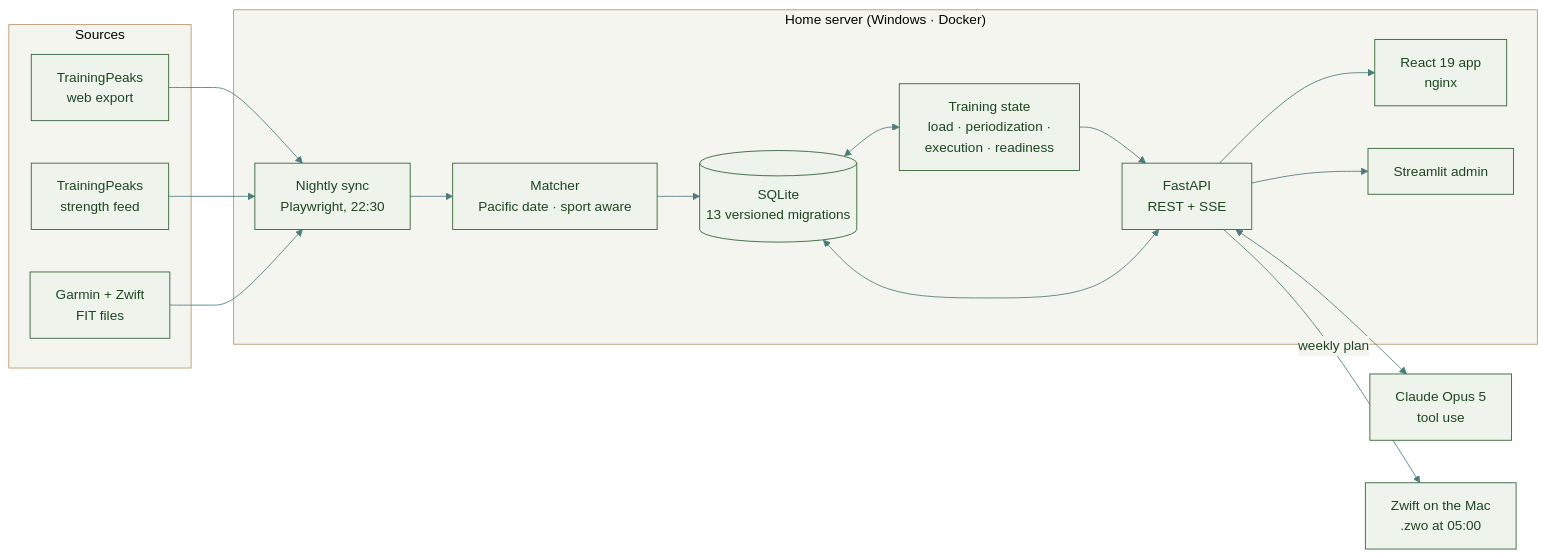
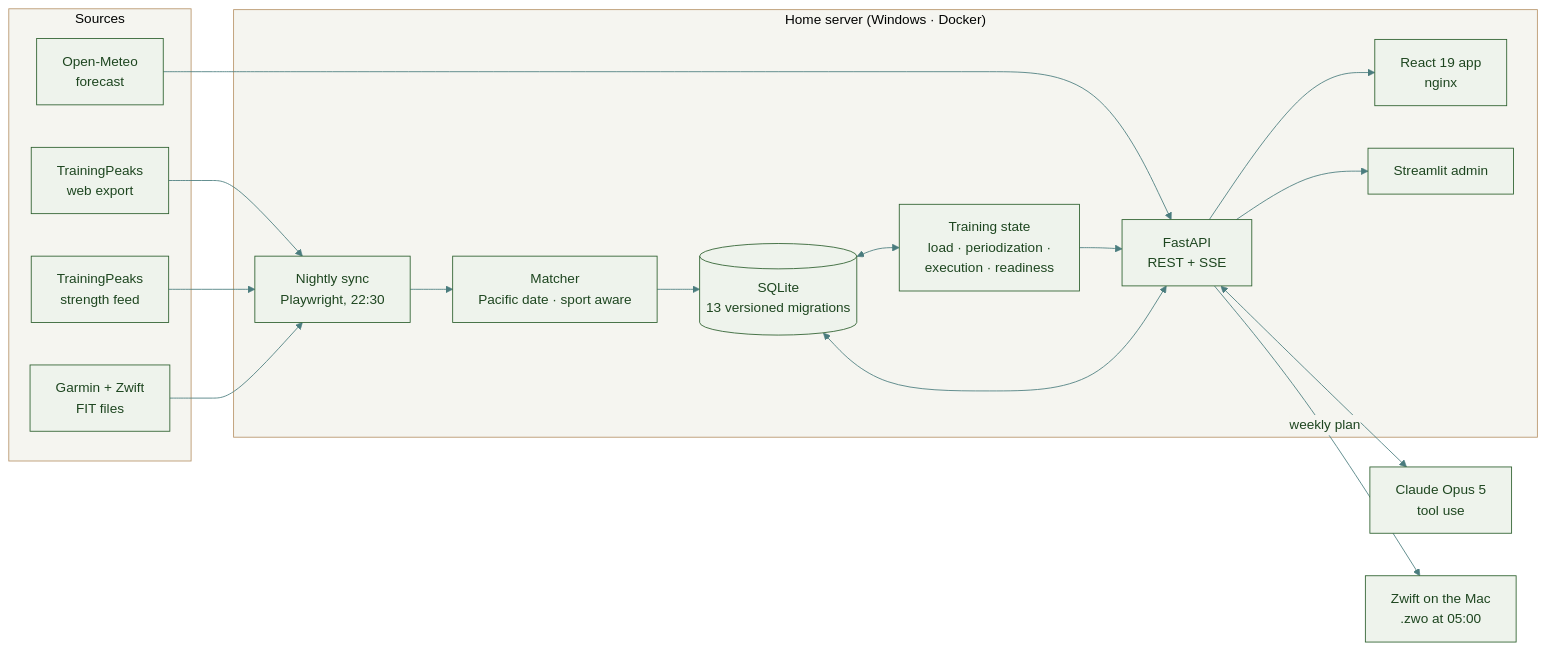
Before and after one commit to SneakyAnalytics/fitness_tracker: the diagram in README.md, drawn with Mermaid. The commit also changed other lines of this file and 8 other files, not shown here.

````diff
--- a/README.md
+++ b/README.md
@@ -166,31 +209,33 @@
 ```mermaid
 %%{init: {'theme': 'base', 'themeVariables': {'primaryColor': '#eef3ec', 'primaryTextColor': '#1e4620', 'primaryBorderColor': '#2c5f2d', 'lineColor': '#4a7c7e', 'clusterBkg': '#f5f5f0', 'clusterBorder': '#b8956a', 'edgeLabelBackground': '#f5f5f0'}}}%%
 flowchart LR
     subgraph Sources
         TP[TrainingPeaks<br/>web export]
         RX[TrainingPeaks<br/>strength feed]
         FIT[Garmin + Zwift<br/>FIT files]
+        WX[Open-Meteo<br/>forecast]
     end
 
     subgraph Beelink["Home server (Windows · Docker)"]
         SYNC[Nightly sync<br/>Playwright, 22:30]
         LINK[Matcher<br/>Pacific date · sport aware]
         DB[(SQLite<br/>13 versioned migrations)]
         CALC[Training state<br/>load · periodization ·<br/>execution · readiness]
         API[FastAPI<br/>REST + SSE]
         WEB[React 19 app<br/>nginx]
         ADMIN[Streamlit admin]
     end
 
     LLM[Claude Opus 5<br/>tool use]
     ZW[Zwift on the Mac<br/>.zwo at 05:00]
 
     TP & RX & FIT --> SYNC --> LINK --> DB
+    WX --> API
     DB <--> CALC
     CALC --> API
     DB <--> API
     API <--> LLM
     API --> WEB
     API --> ADMIN
     API -- weekly plan --> ZW
 ```
````
